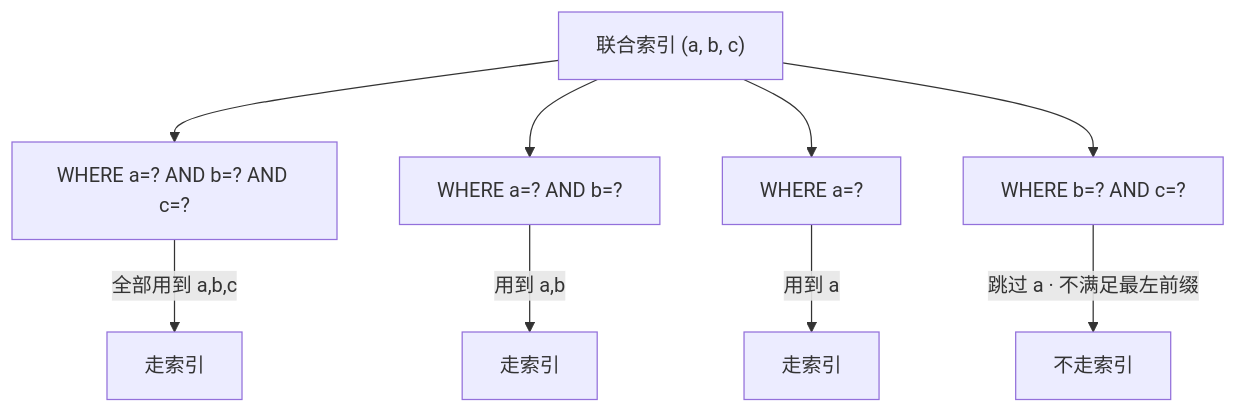
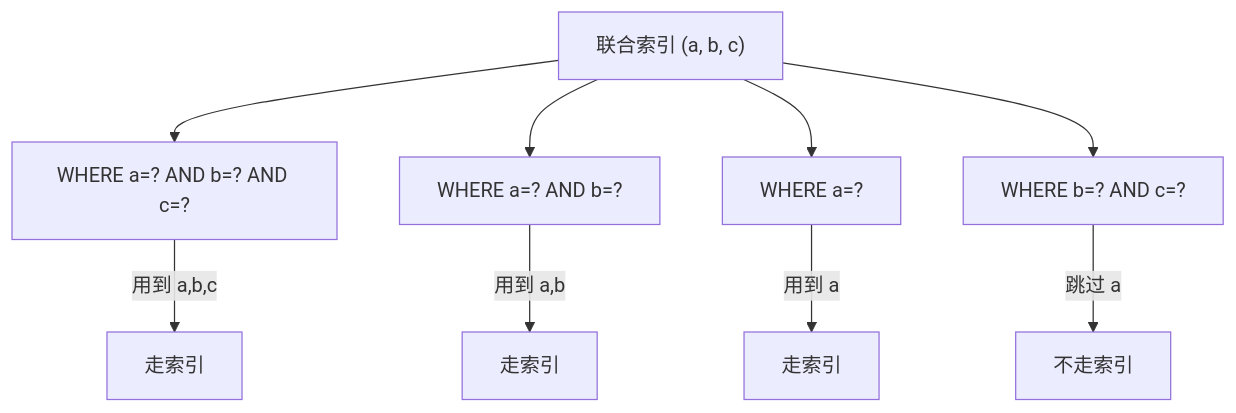
The sixth of 9 diagrams in 02-中间件与数据库/01-MySQL/02-索引与执行计划/知识点.md (ml-cuizijun/LearnToLilith), drawn with Mermaid before and after one commit. The commit also changed other lines of this file and 178 other files, not shown here.

````diff
--- a/02-中间件与数据库/01-MySQL/02-索引与执行计划/知识点.md
+++ b/02-中间件与数据库/01-MySQL/02-索引与执行计划/知识点.md
@@ -216,11 +213,11 @@
 ```mermaid
 flowchart TD
     IDX["联合索引 (a, b, c)"] --> Q1["WHERE a=? AND b=? AND c=?"]
     IDX --> Q2["WHERE a=? AND b=?"]
     IDX --> Q3["WHERE a=?"]
     IDX --> Q4["WHERE b=? AND c=?"]
-    Q1 -->|"全部用到 a,b,c"| OK1["走索引"]
+    Q1 -->|"用到 a,b,c"| OK1["走索引"]
     Q2 -->|"用到 a,b"| OK2["走索引"]
     Q3 -->|"用到 a"| OK3["走索引"]
-    Q4 -->|"跳过 a · 不满足最左前缀"| NO1["不走索引"]
+    Q4 -->|"跳过 a"| NO1["不走索引"]
 ```
````
